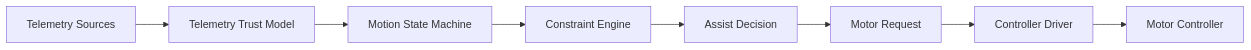
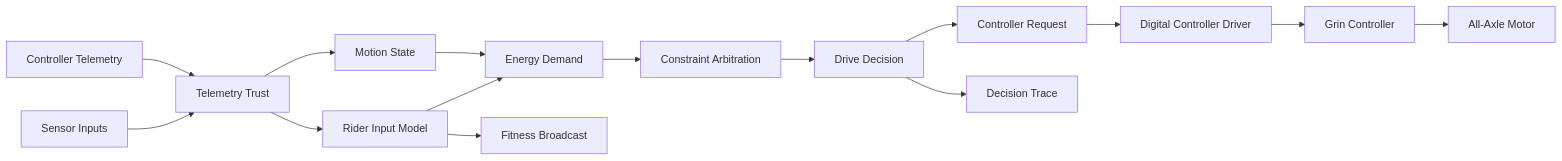
Before and after one commit to tspreck/ferrous-drive: the first of 15 diagrams in docs/architecture.md, drawn with Mermaid. The commit also changed other lines of this file, not shown here.

First line of the commit message:
Revise architecture.md for clarity and updates

````diff
--- a/docs/architecture.md
+++ b/docs/architecture.md
@@ -96,20 +239,32 @@
 ```mermaid
 flowchart LR
+    Sensors[Sensor Inputs]
+    ControllerTelemetry[Controller Telemetry]
+    Trust[Telemetry Trust]
+    RiderModel[Rider Input Model]
+    Motion[Motion State]
+    Demand[Energy Demand]
+    Constraints[Constraint Arbitration]
+    Decision[Drive Decision]
+    Request[Controller Request]
+    Driver[Digital Controller Driver]
+    Controller[Grin Controller]
+    Motor[All-Axle Motor]
+    Broadcast[Fitness Broadcast]
+    Trace[Decision Trace]
 
-    Telemetry[Telemetry Sources]
-    Trust[Telemetry Trust Model]
-    State[Motion State Machine]
-    Constraints[Constraint Engine]
-    Decision[Assist Decision]
-    Request[Motor Request]
-    Driver[Controller Driver]
-    Controller[Motor Controller]
-
-    Telemetry --> Trust
-    Trust --> State
-    State --> Constraints
+    Sensors --> Trust
+    ControllerTelemetry --> Trust
+    Trust --> RiderModel
+    Trust --> Motion
+    RiderModel --> Demand
+    Motion --> Demand
+    Demand --> Constraints
     Constraints --> Decision
     Decision --> Request
     Request --> Driver
     Driver --> Controller
+    Controller --> Motor
+    Decision --> Trace
+    RiderModel --> Broadcast
 ```
````
